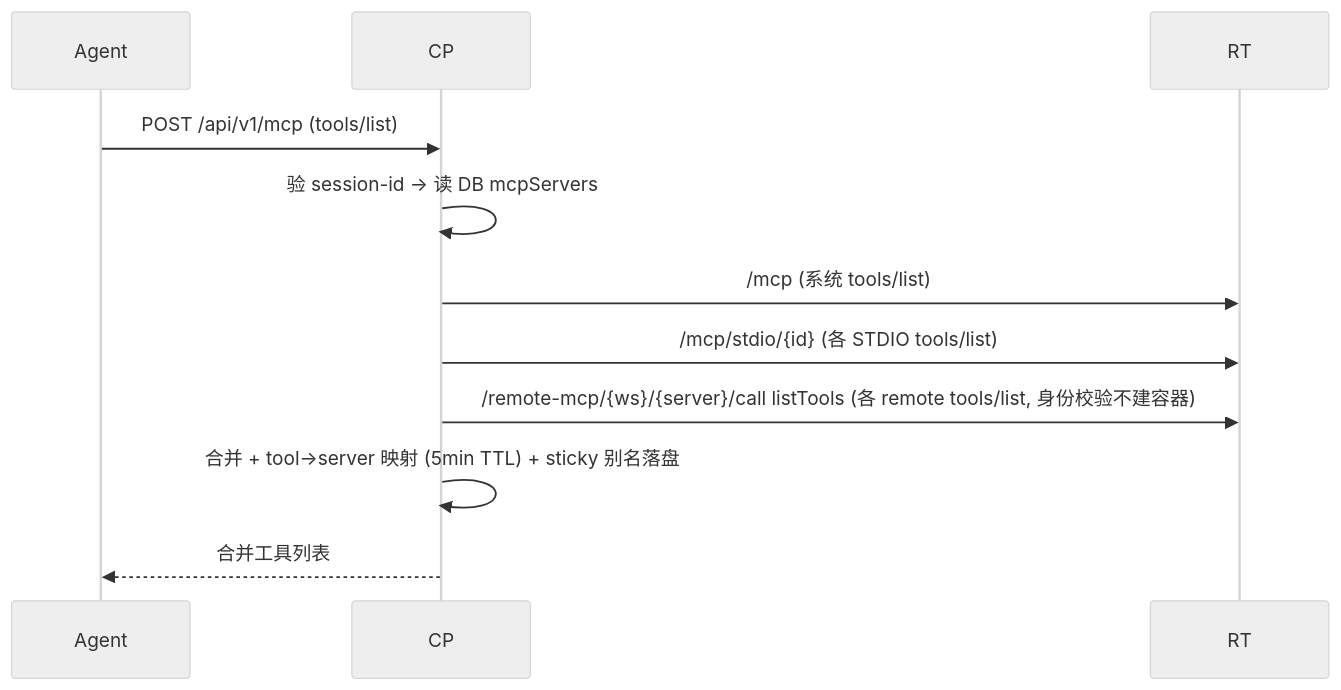
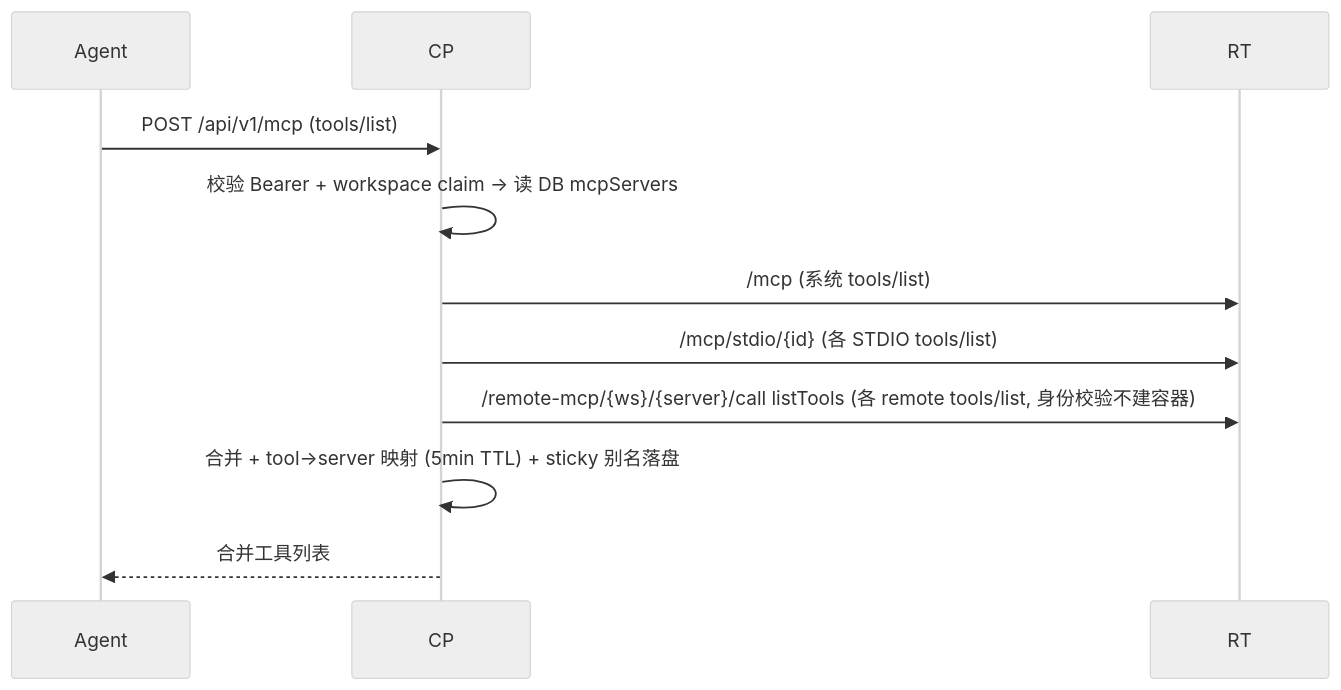
The second of 3 diagrams in docs/i18n/zh-Hans/DEV-016-mcp-architecture.md (cc01cc/xihe-project), drawn with Mermaid before and after one commit. The commit also changed other lines of this file and 40 other files, not shown here.

````diff
--- a/docs/i18n/zh-Hans/DEV-016-mcp-architecture.md
+++ b/docs/i18n/zh-Hans/DEV-016-mcp-architecture.md
@@ -61,11 +61,11 @@
 ```mermaid
 %%{init: {'theme': 'neutral'}}%%
 sequenceDiagram
   Agent->>CP: POST /api/v1/mcp (tools/list)
-  CP->>CP: 验 session-id → 读 DB mcpServers
+  CP->>CP: 校验 Bearer + workspace claim → 读 DB mcpServers
   CP->>RT: /mcp (系统 tools/list)
   CP->>RT: /mcp/stdio/{id} (各 STDIO tools/list)
   CP->>RT: /remote-mcp/{ws}/{server}/call listTools (各 remote tools/list, 身份校验不建容器)
   CP->>CP: 合并 + tool→server 映射 (5min TTL) + sticky 别名落盘
   CP-->>Agent: 合并工具列表
 ```
````
